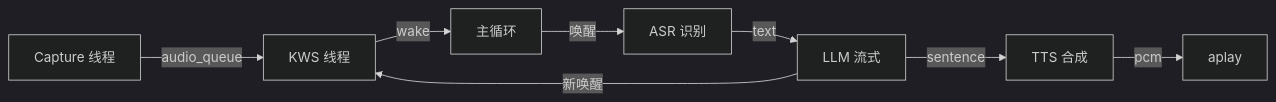
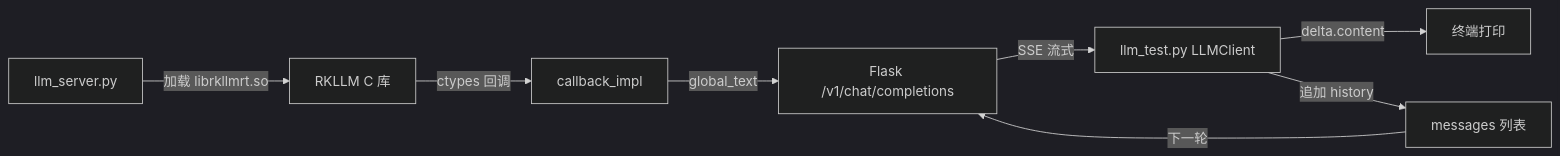
The diagram in courses/sheet1/speech_practice/_parts/experiment-4.md (aibittek/course_generate_agent), drawn with Mermaid (dark theme) before and after one commit. The commit also changed other lines of this file and 10 other files, not shown here.

````diff
--- a/courses/sheet1/speech_practice/_parts/experiment-4.md
+++ b/courses/sheet1/speech_practice/_parts/experiment-4.md
@@ -56,10 +96,10 @@
 ```mermaid
 graph LR
-    A[Capture 线程] -->|audio_queue| B[KWS 线程]
-    B -->|wake| C[主循环]
-    C -->|唤醒| D[ASR 识别]
-    D -->|text| E[LLM 流式]
-    E -->|sentence| F[TTS 合成]
-    F -->|pcm| G[aplay]
-    E -->|新唤醒| B
+    A[llm_server.py] -->|加载 librkllmrt.so| B[RKLLM C 库]
+    B -->|ctypes 回调| C[callback_impl]
+    C -->|global_text| D[Flask /v1/chat/completions]
+    D -->|SSE 流式| E[llm_test.py LLMClient]
+    E -->|delta.content| F[终端打印]
+    E -->|追加 history| G[messages 列表]
+    G -->|下一轮| D
 ```
````
